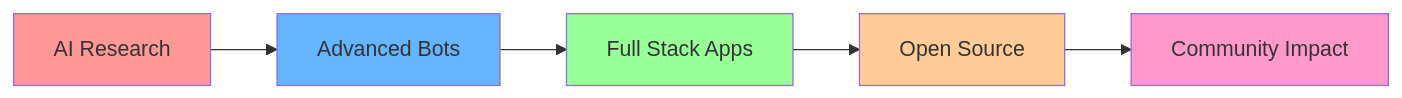
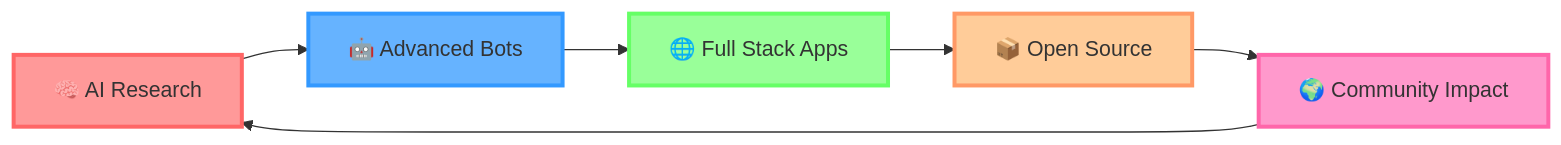
One commit to DenxVil/DenxVil changed the diagram in README.md. Above: the diagram before and after it, drawn with Mermaid. The commit also changed other lines of this file and 10 other files, not shown here.

````diff
--- a/README.md
+++ b/README.md
@@ -283,13 +379,14 @@
 ```mermaid
 graph LR
-    A[AI Research] --> B[Advanced Bots]
-    B --> C[Full Stack Apps]
-    C --> D[Open Source]
-    D --> E[Community Impact]
+    A[🧠 AI Research] --> B[🤖 Advanced Bots]
+    B --> C[🌐 Full Stack Apps]
+    C --> D[📦 Open Source]
+    D --> E[🌍 Community Impact]
+    E --> A
     
-    style A fill:#ff9999
-    style B fill:#66b3ff
-    style C fill:#99ff99
-    style D fill:#ffcc99
-    style E fill:#ff99cc
+    style A fill:#ff9999,stroke:#ff6666,stroke-width:3px
+    style B fill:#66b3ff,stroke:#3399ff,stroke-width:3px
+    style C fill:#99ff99,stroke:#66ff66,stroke-width:3px
+    style D fill:#ffcc99,stroke:#ff9966,stroke-width:3px
+    style E fill:#ff99cc,stroke:#ff66aa,stroke-width:3px
 ```
````
